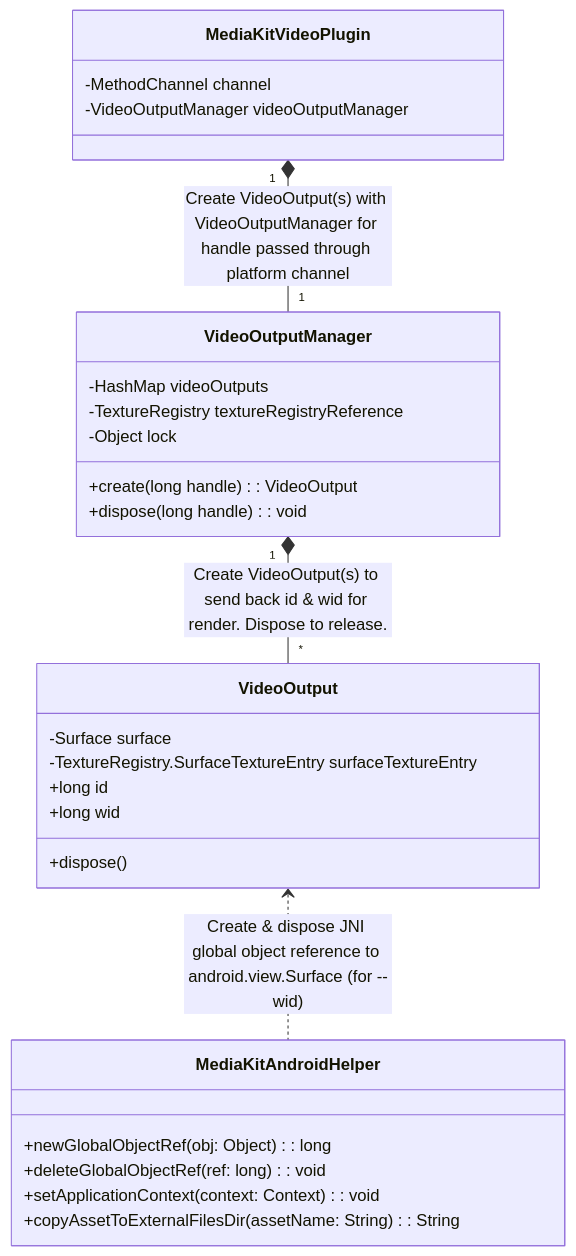
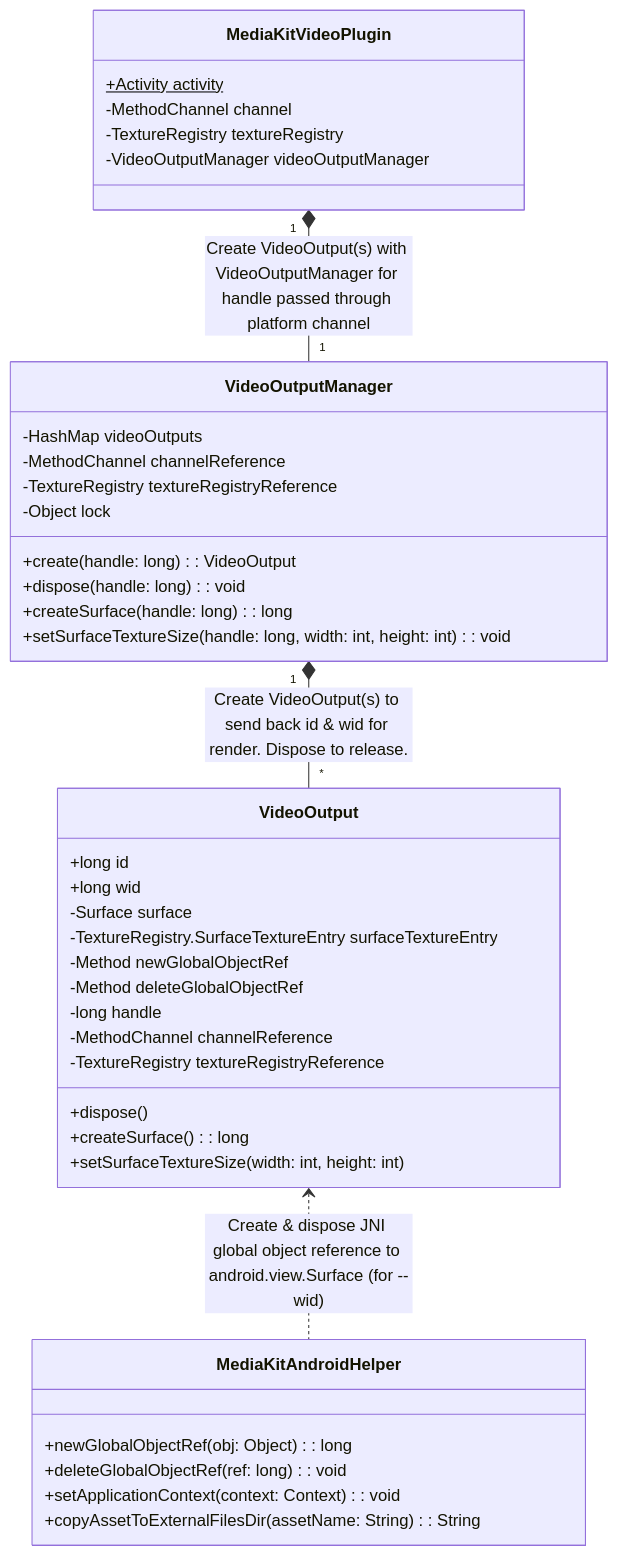
One commit to coolight7/media-kit changed the second of 4 diagrams in README.md. Above: the diagram before and after it, drawn with Mermaid. The commit also changed other lines of this file, not shown here.

Commit message:
docs: update android & windows architecture
[skip ci]

````diff
--- a/README.md
+++ b/README.md
@@ -1961,46 +1961,59 @@
 ```mermaid
 %%{
   init: {
     'themeVariables': {
       'fontFamily': 'BlinkMacSystemFont, Segoe UI, Noto Sans, Helvetica, Arial, Apple Color Emoji, Segoe UI Emoji'
     }
   }
 }%%
 classDiagram
 
   MediaKitVideoPlugin "1" *-- "1" VideoOutputManager: Create VideoOutput(s) with VideoOutputManager for handle passed through platform channel
   VideoOutputManager "1" *-- "*" VideoOutput: Create VideoOutput(s) to send back id & wid for render. Dispose to release.
   VideoOutput <.. MediaKitAndroidHelper: Create & dispose JNI global object reference to android.view.Surface (for --wid)
   
   class MediaKitVideoPlugin {
+    +Activity activity$
     -MethodChannel channel
+    -TextureRegistry textureRegistry
     -VideoOutputManager videoOutputManager
   }
   
   class VideoOutputManager {
     -HashMap<Long, VideoOutput> videoOutputs
+    -MethodChannel channelReference
     -TextureRegistry textureRegistryReference
     -Object lock
     
-    +create(long handle): VideoOutput
-    +dispose(long handle): void
+    +create(handle: long): VideoOutput
+    +dispose(handle: long): void
+    +createSurface(handle: long): long
+    +setSurfaceTextureSize(handle: long, width: int, height: int): void
   }
   
   class VideoOutput {
+    +long id
+    +long wid
+
     -Surface surface
     -TextureRegistry.SurfaceTextureEntry surfaceTextureEntry
-    
-    +long id
-    +long wid
+    -Method newGlobalObjectRef
+    -Method deleteGlobalObjectRef
+
+    -long handle
+    -MethodChannel channelReference
+    -TextureRegistry textureRegistryReference
     
     +dispose()
+    +createSurface(): long
+    +setSurfaceTextureSize(width: int, height: int)
   }
   
   class MediaKitAndroidHelper {
     +newGlobalObjectRef(obj: Object): long
     +deleteGlobalObjectRef(ref: long): void
     +setApplicationContext(context: Context): void
     +copyAssetToExternalFilesDir(assetName: String): String
   }
   
 ```
````
